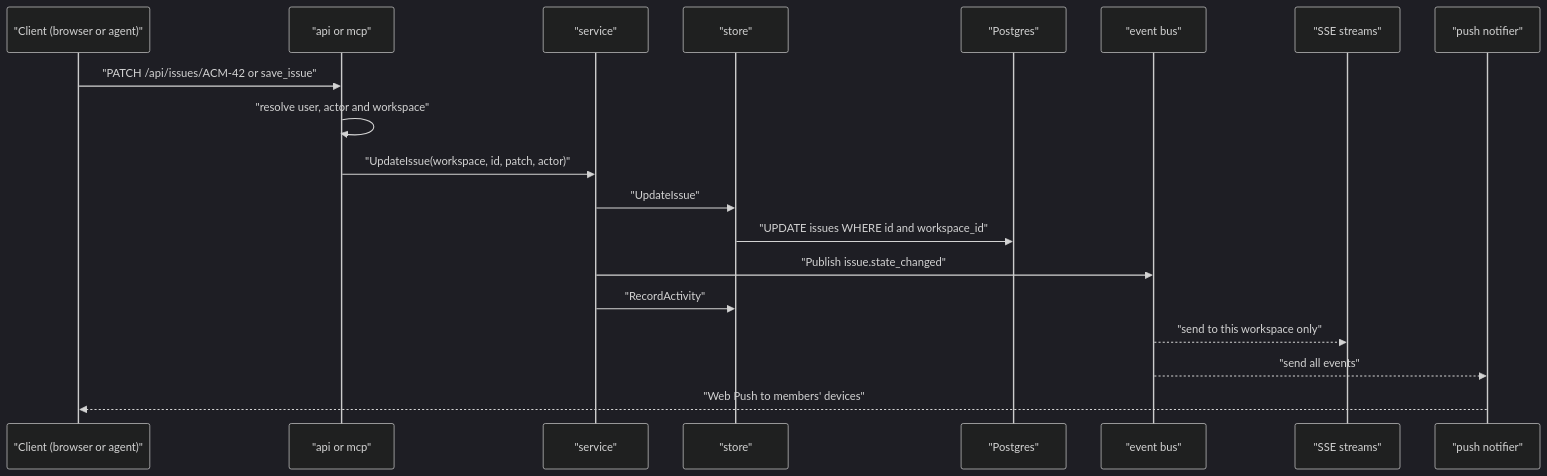
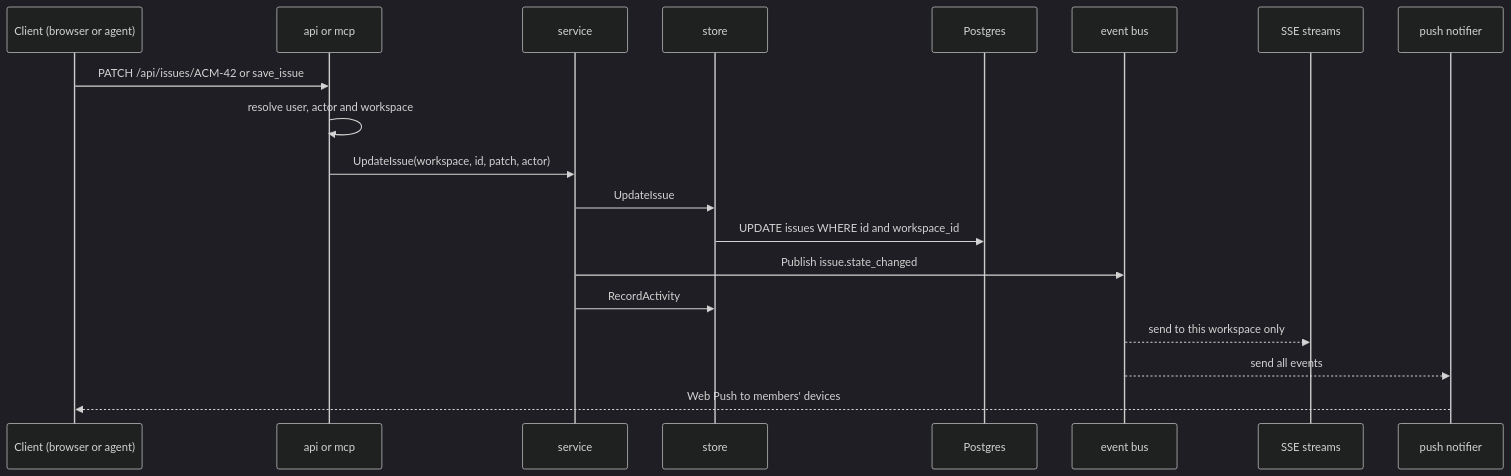
The second of 2 diagrams in docs/ARCHITECTURE.md (johnreginald/donewhen), drawn with Mermaid (dark theme) before and after one commit. The commit also changed 2 other files, not shown here.

Commit message:
Docs: sequence diagrams without literal quotes; MERMAID.md rule fixed
Double quotes print literally in sequence diagrams (participant names,
messages, loop titles), so the explanation docs' diagrams showed
"You" and "Idea: add login" with quotes. Strip them, drop the
brackets in loop titles, and correct MERMAID.md: quotes are for
flowchart labels only.

PP-233

````diff
--- a/docs/ARCHITECTURE.md
+++ b/docs/ARCHITECTURE.md
@@ -69,21 +69,21 @@
 ```mermaid
 sequenceDiagram
-    participant C as "Client (browser or agent)"
-    participant A as "api or mcp"
-    participant S as "service"
-    participant T as "store"
-    participant P as "Postgres"
-    participant B as "event bus"
-    participant E as "SSE streams"
-    participant N as "push notifier"
-    C->>A: "PATCH /api/issues/ACM-42 or save_issue"
-    A->>A: "resolve user, actor and workspace"
-    A->>S: "UpdateIssue(workspace, id, patch, actor)"
-    S->>T: "UpdateIssue"
-    T->>P: "UPDATE issues WHERE id and workspace_id"
-    S->>B: "Publish issue.state_changed"
-    S->>T: "RecordActivity"
-    B-->>E: "send to this workspace only"
-    B-->>N: "send all events"
-    N-->>C: "Web Push to members' devices"
+    participant C as Client (browser or agent)
+    participant A as api or mcp
+    participant S as service
+    participant T as store
+    participant P as Postgres
+    participant B as event bus
+    participant E as SSE streams
+    participant N as push notifier
+    C->>A: PATCH /api/issues/ACM-42 or save_issue
+    A->>A: resolve user, actor and workspace
+    A->>S: UpdateIssue(workspace, id, patch, actor)
+    S->>T: UpdateIssue
+    T->>P: UPDATE issues WHERE id and workspace_id
+    S->>B: Publish issue.state_changed
+    S->>T: RecordActivity
+    B-->>E: send to this workspace only
+    B-->>N: send all events
+    N-->>C: Web Push to members' devices
 ```
````
